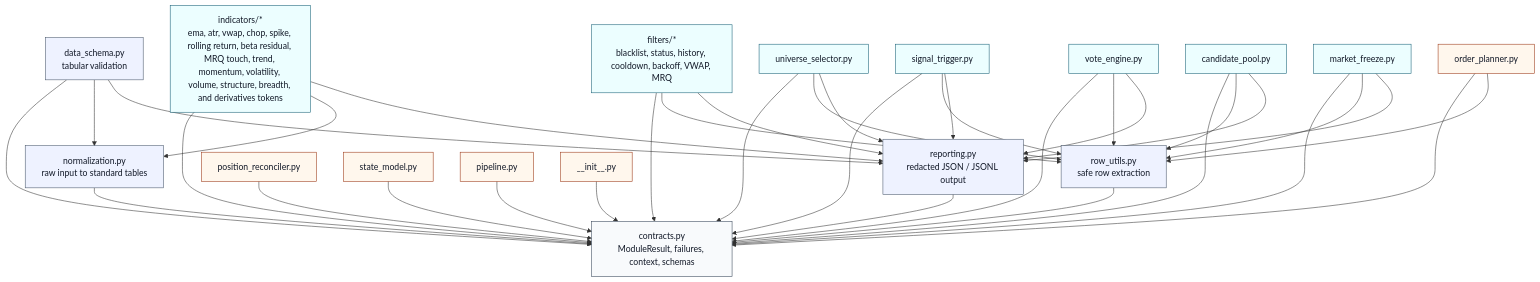
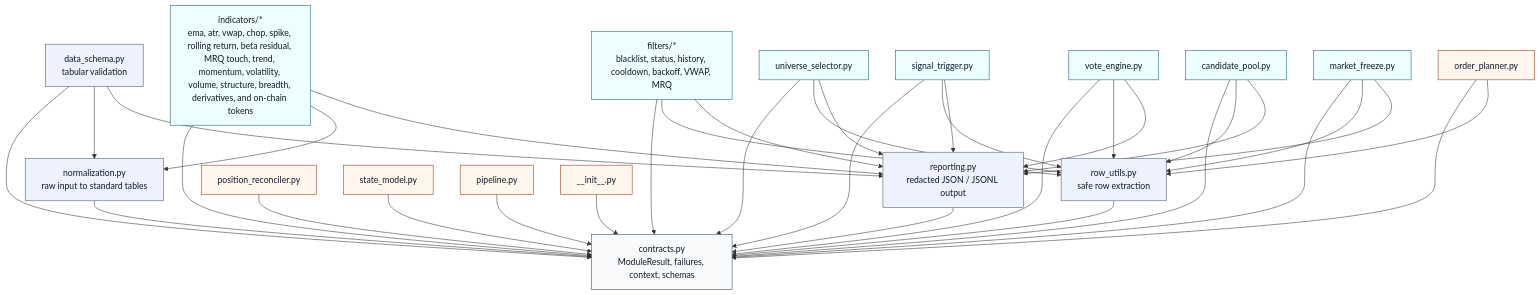
The second of 2 diagrams in README.md (waswrsis/quant-strategy-tokenizer), drawn with Mermaid before and after one commit. The commit also changed other lines of this file and 56 other files, not shown here.

Commit message:
Add on-chain indicator tokens

````diff
--- a/README.md
+++ b/README.md
@@ -154,77 +155,77 @@
 ```mermaid
 flowchart TD
     Contracts["contracts.py<br/>ModuleResult, failures, context, schemas"]
 
     Normalization["normalization.py<br/>raw input to standard tables"]
     RowUtils["row_utils.py<br/>safe row extraction"]
     Reporting["reporting.py<br/>redacted JSON / JSONL output"]
     DataSchema["data_schema.py<br/>tabular validation"]
 
-    Indicators["indicators/*<br/>ema, atr, vwap, chop, spike, rolling return, beta residual, MRQ touch, trend, momentum, volatility, volume, structure, breadth, and derivatives tokens"]
+    Indicators["indicators/*<br/>ema, atr, vwap, chop, spike, rolling return, beta residual, MRQ touch, trend, momentum, volatility, volume, structure, breadth, derivatives, and on-chain tokens"]
     Filters["filters/*<br/>blacklist, status, history, cooldown, backoff, VWAP, MRQ"]
 
     Universe["universe_selector.py"]
     Signals["signal_trigger.py"]
     Votes["vote_engine.py"]
     Candidates["candidate_pool.py"]
     Freeze["market_freeze.py"]
 
     Orders["order_planner.py"]
     Positions["position_reconciler.py"]
     State["state_model.py"]
     Pipeline["pipeline.py"]
     PublicAPI["__init__.py"]
 
     PublicAPI --> Contracts
 
     Normalization --> Contracts
     RowUtils --> Contracts
     Reporting --> Contracts
     DataSchema --> Contracts
     DataSchema --> Normalization
     DataSchema --> Reporting
 
     Indicators --> Contracts
     Indicators --> Normalization
     Indicators --> Reporting
 
     Filters --> Contracts
     Filters --> RowUtils
     Filters --> Reporting
 
     Universe --> Contracts
     Universe --> RowUtils
     Universe --> Reporting
 
     Signals --> Contracts
     Signals --> RowUtils
     Signals --> Reporting
 
     Votes --> Contracts
     Votes --> RowUtils
     Votes --> Reporting
 
     Candidates --> Contracts
     Candidates --> RowUtils
     Candidates --> Reporting
 
     Freeze --> Contracts
     Freeze --> RowUtils
     Freeze --> Reporting
 
     Orders --> Contracts
     Orders --> RowUtils
     Positions --> Contracts
     State --> Contracts
     Pipeline --> Contracts
 
     classDef core fill:#f8fafc,stroke:#334155,color:#111827;
     classDef helper fill:#eef2ff,stroke:#475569,color:#111827;
     classDef module fill:#ecfeff,stroke:#155e75,color:#111827;
     classDef plan fill:#fff7ed,stroke:#9a3412,color:#111827;
 
     class Contracts core;
     class Normalization,RowUtils,Reporting,DataSchema helper;
     class Indicators,Filters,Universe,Signals,Votes,Candidates,Freeze module;
     class Orders,Positions,State,Pipeline,PublicAPI plan;
 ```
````
